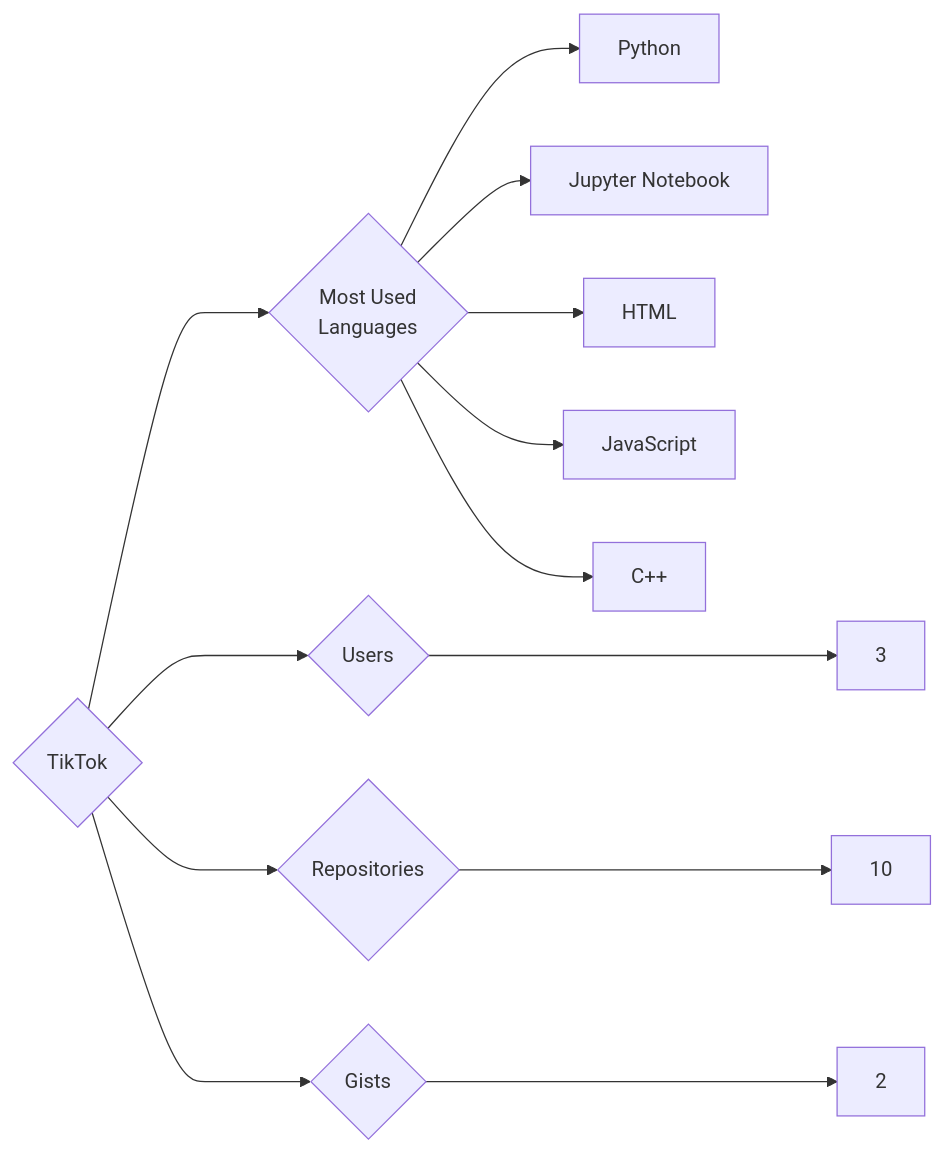
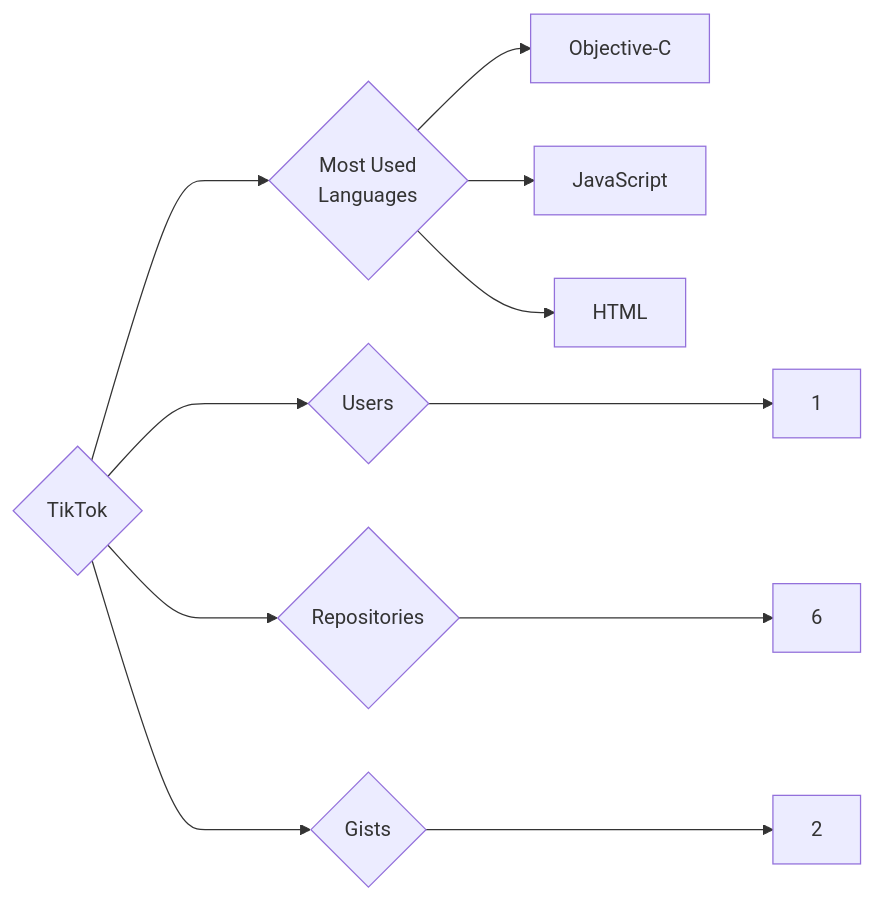
One commit to trickest/insiders changed the diagram in targets/TikTok/README.md. Above: the diagram before and after it, drawn with Mermaid. The commit also changed 796 other files, not shown here.

````diff
--- a/targets/TikTok/README.md
+++ b/targets/TikTok/README.md
@@ -3,13 +3,11 @@
 ```mermaid
 graph LR
 COMPANY_NAME{TikTok}
-COMPANY_NAME ---> U{Users} ---> UN[3]
-COMPANY_NAME ---> R{Repositories} ---> RN[10]
+COMPANY_NAME ---> U{Users} ---> UN[1]
+COMPANY_NAME ---> R{Repositories} ---> RN[6]
 COMPANY_NAME ---> G{Gists} ---> GN[2]
 COMPANY_NAME ---> ML{Most Used<br>Languages}
-ML --> Python[Python]
-ML --> Jupyter_Notebook[Jupyter Notebook]
+ML --> Objective-C[Objective-C]
+ML --> JavaScript[JavaScript]
 ML --> HTML[HTML]
-ML --> JavaScript[JavaScript]
-ML --> C++[C++]
 ```
````
